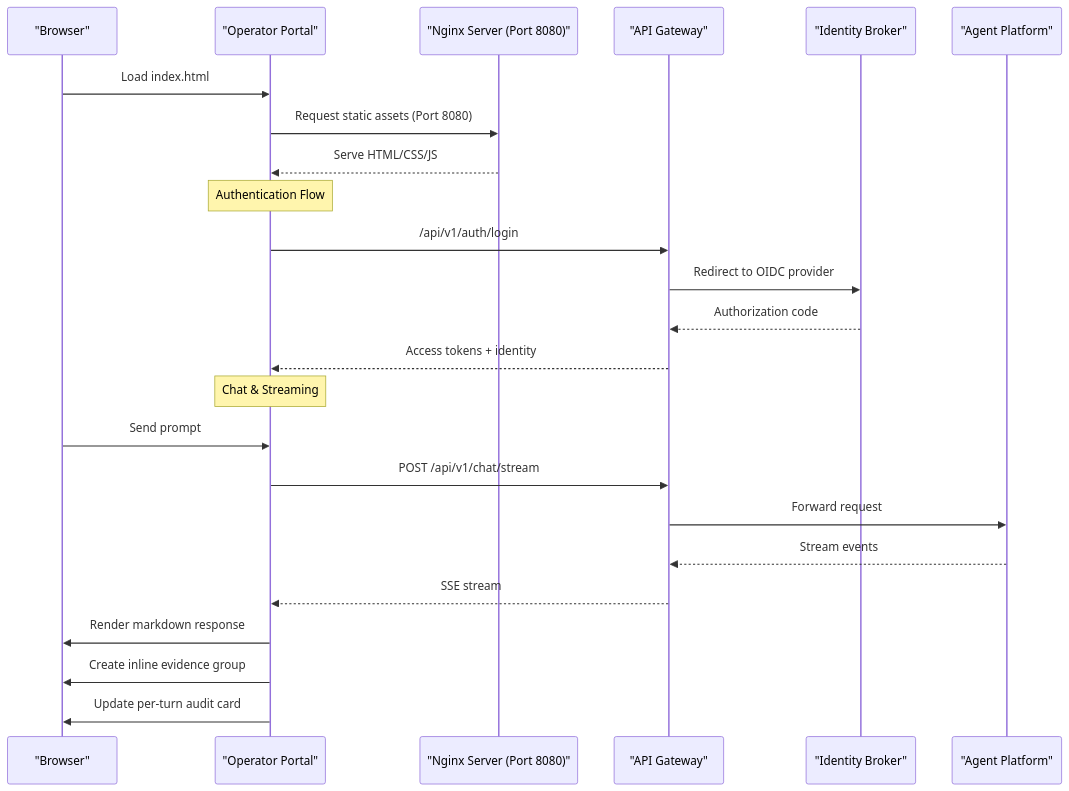
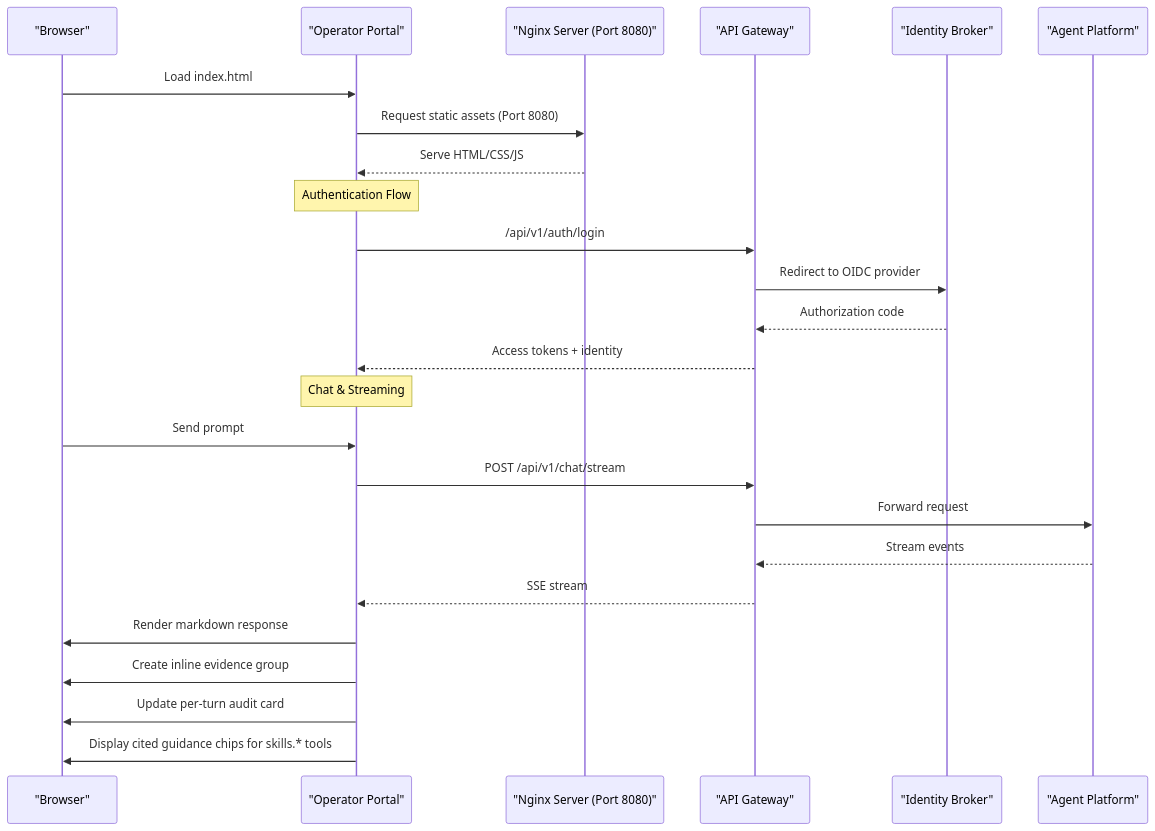
One commit to metasync/luban-aiops changed the second of 2 diagrams in .qoder/repowiki/en/content/Operator Portal.md. Above: the diagram before and after it, drawn with Mermaid. The commit also changed other lines of this file and 4 other files, not shown here.

````diff
--- a/.qoder/repowiki/en/content/Operator Portal.md
+++ b/.qoder/repowiki/en/content/Operator Portal.md
@@ -126,26 +132,27 @@
 ```mermaid
 sequenceDiagram
 participant User as "Browser"
 participant Portal as "Operator Portal"
 participant Nginx as "Nginx Server (Port 8080)"
 participant Gateway as "API Gateway"
 participant Identity as "Identity Broker"
 participant Agent as "Agent Platform"
 User->>Portal : Load index.html
 Portal->>Nginx : Request static assets (Port 8080)
 Nginx-->>Portal : Serve HTML/CSS/JS
 Note over Portal : Authentication Flow
 Portal->>Gateway : /api/v1/auth/login
 Gateway->>Identity : Redirect to OIDC provider
 Identity-->>Gateway : Authorization code
 Gateway-->>Portal : Access tokens + identity
 Note over Portal : Chat & Streaming
 User->>Portal : Send prompt
 Portal->>Gateway : POST /api/v1/chat/stream
 Gateway->>Agent : Forward request
 Agent-->>Gateway : Stream events
 Gateway-->>Portal : SSE stream
 Portal->>User : Render markdown response
 Portal->>User : Create inline evidence group
 Portal->>User : Update per-turn audit card
+Portal->>User : Display cited guidance chips for skills.* tools
 ```
````
